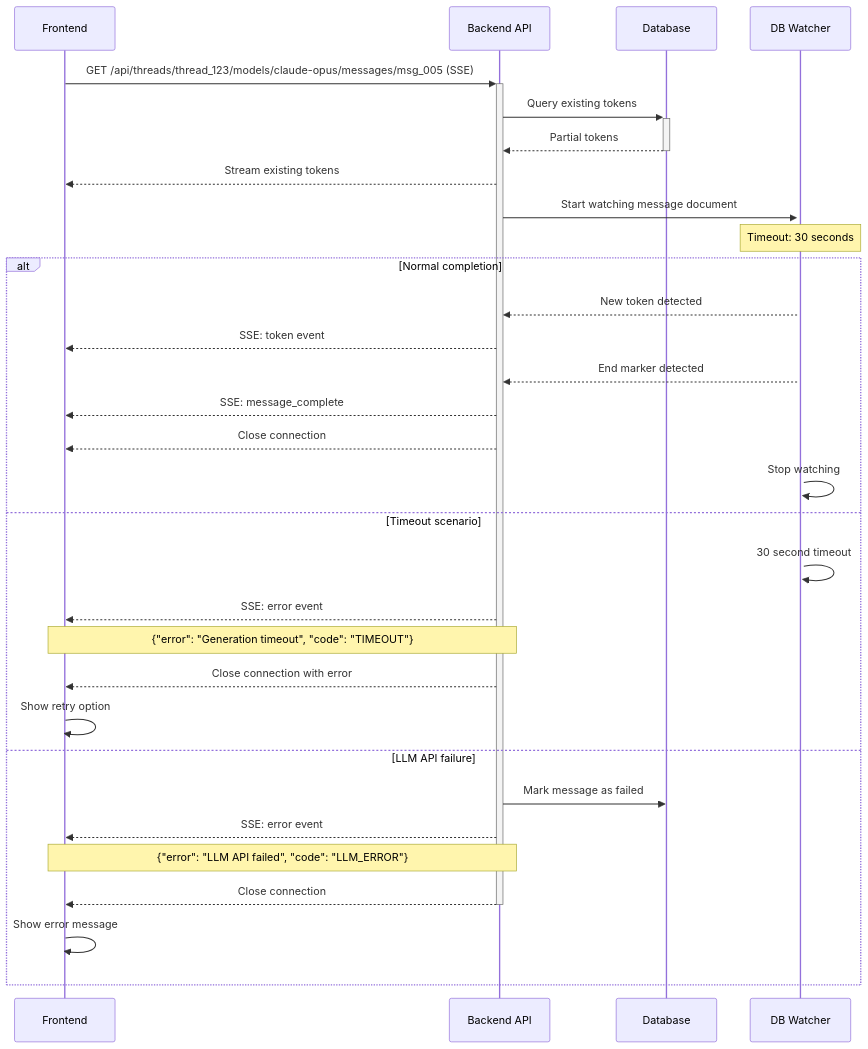
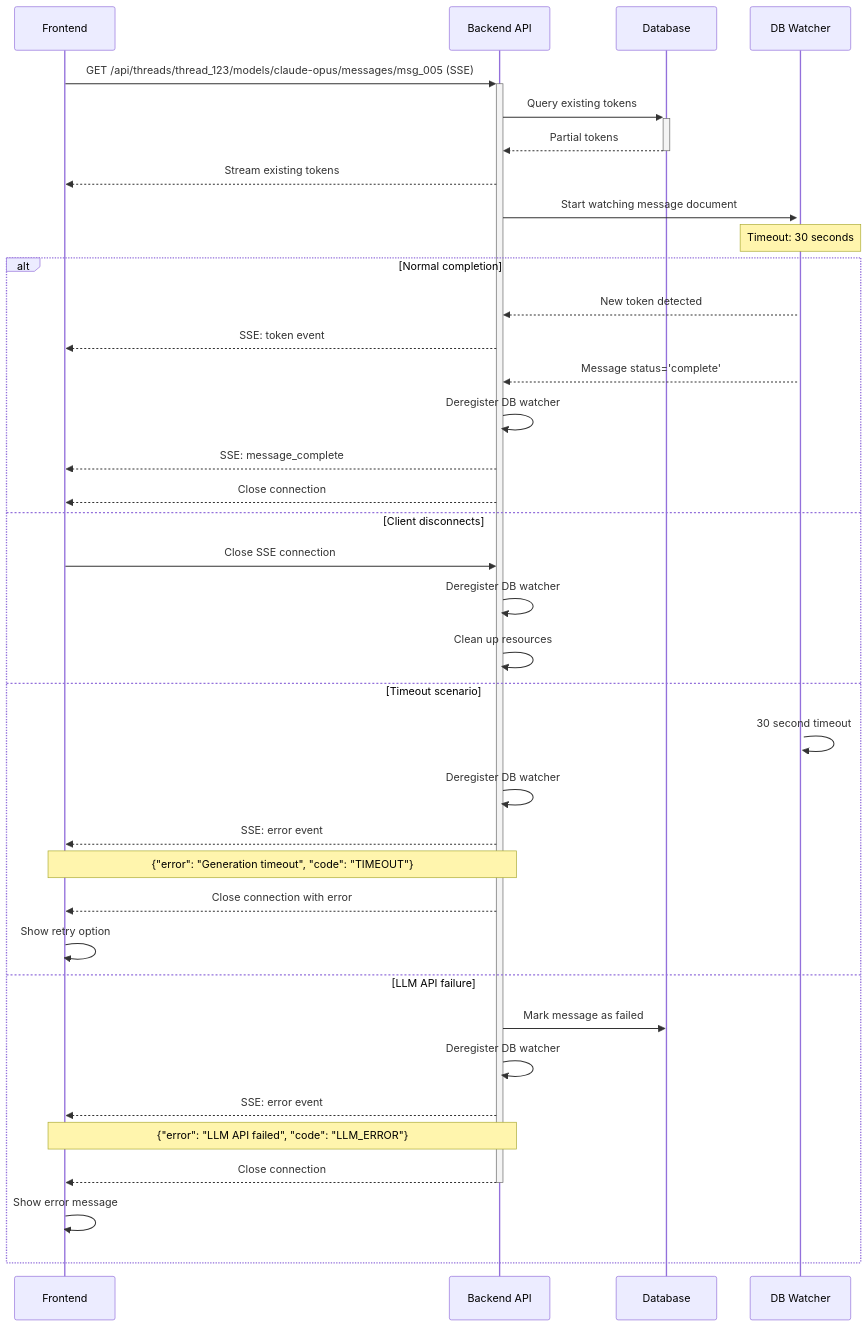
The fifth of 5 diagrams in frontend-backend-integration.md (pandurangpatil/llm-chat), drawn with Mermaid before and after one commit. The commit also changed other lines of this file and 3 other files, not shown here.

First line of the commit message:
Updated backend API call flow

````diff
--- a/frontend-backend-integration.md
+++ b/frontend-backend-integration.md
@@ -163,39 +187,46 @@
 ```mermaid
 sequenceDiagram
     participant UI as Frontend
     participant API as Backend API
     participant DB as Database
     participant Watcher as DB Watcher
 
     UI->>+API: GET /api/threads/thread_123/models/claude-opus/messages/msg_005 (SSE)
 
     API->>+DB: Query existing tokens
     DB-->>-API: Partial tokens
     API-->>UI: Stream existing tokens
 
     API->>+Watcher: Start watching message document
     Note over Watcher: Timeout: 30 seconds
 
     alt Normal completion
         Watcher-->>API: New token detected
         API-->>UI: SSE: token event
-        Watcher-->>API: End marker detected
+        Watcher-->>API: Message status='complete'
+        API->>API: Deregister DB watcher
         API-->>UI: SSE: message_complete
         API-->>UI: Close connection
-        Watcher->>Watcher: Stop watching
+
+    else Client disconnects
+        UI->>API: Close SSE connection
+        API->>API: Deregister DB watcher
+        API->>API: Clean up resources
 
     else Timeout scenario
         Watcher->>Watcher: 30 second timeout
+        API->>API: Deregister DB watcher
         API-->>UI: SSE: error event
         Note over UI,API: {"error": "Generation timeout", "code": "TIMEOUT"}
         API-->>UI: Close connection with error
         UI->>UI: Show retry option
 
     else LLM API failure
         API->>DB: Mark message as failed
+        API->>API: Deregister DB watcher
         API-->>UI: SSE: error event
         Note over UI,API: {"error": "LLM API failed", "code": "LLM_ERROR"}
         API-->>-UI: Close connection
         UI->>UI: Show error message
     end
 ```
````
